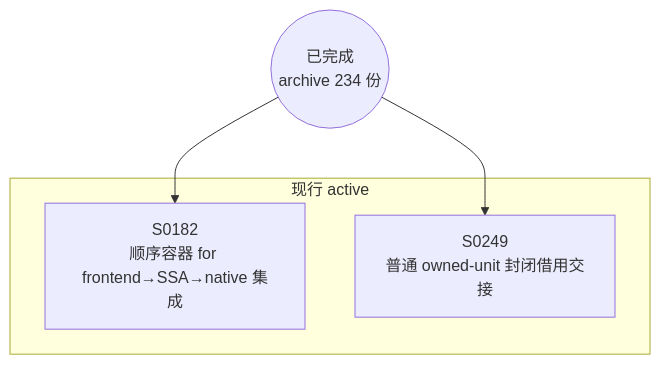
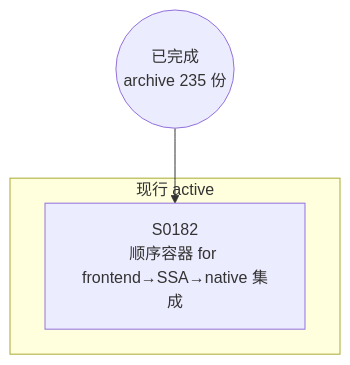
Before and after one commit to Halckon/Koven: the diagram in docs/specs/dependency-graph.md, drawn with Mermaid. The commit also changed other lines of this file and 13 other files, not shown here.

Commit message:
docs: archive verified ordinary owned-unit handoff (SPEC-0249)

````diff
--- a/docs/specs/dependency-graph.md
+++ b/docs/specs/dependency-graph.md
@@ -9,10 +9,8 @@
 ```mermaid
 flowchart TD
-ARCH(("已完成<br/>archive 234 份"))
+ARCH(("已完成<br/>archive 235 份"))
 subgraph Gactive["现行 active"]
   S0182["S0182<br/>顺序容器 for frontend→SSA→native 集成"]
-  S0249["S0249<br/>普通 owned-unit 封闭借用交接"]
 end
 ARCH --> S0182
-ARCH --> S0249
 ```
````
